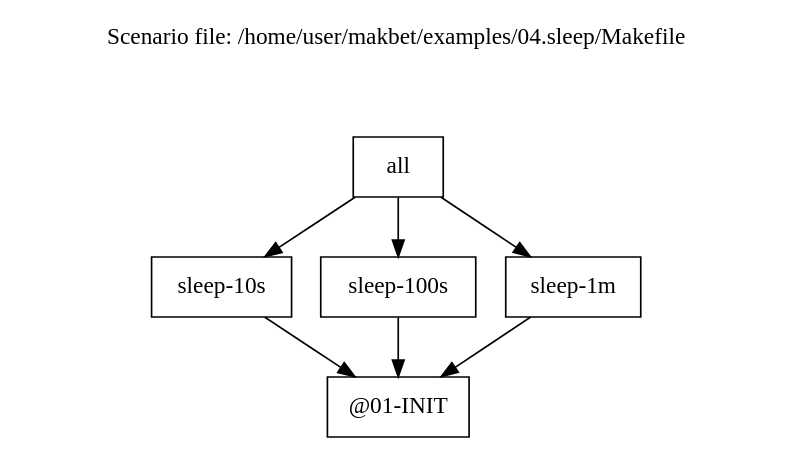
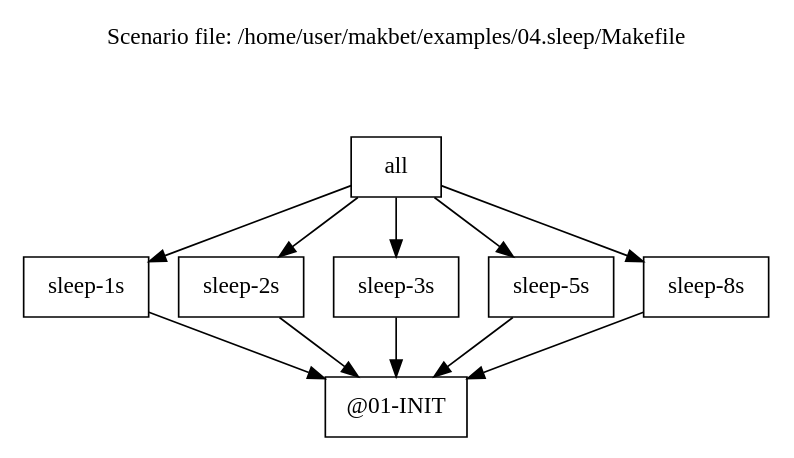
The diagram in docs/examples/04.sleep/results.dot (skaluzka/makbet), drawn with Graphviz before and after one commit. The commit also changed 4 other files, not shown here.

```diff
--- a/docs/examples/04.sleep/results.dot
+++ b/docs/examples/04.sleep/results.dot
@@ -1,30 +1,36 @@
 digraph {
 
-// This file has been generated by makbet heads/master-0-g88262d1
-// Generation date: Sat 22 Aug 2020 10:29:46 PM CEST
+// This file has been generated by makbet heads/master-0-g53f9721
+// Generation date: Sun Aug 30 06:38:38 PM CEST 2020
 // Scenario file: /home/user/makbet/examples/04.sleep/Makefile
 
 // Graph title.
 labelloc="t";
 label="Scenario file: /home/user/makbet/examples/04.sleep/Makefile\n\n\n\n"
 
 // Node options.
 node [shape=box];
 
 
 "@01-INIT";
 
-"all" -> "sleep-10s";
-"all" -> "sleep-100s";
-"all" -> "sleep-1m";
+"all" -> "sleep-1s";
+"all" -> "sleep-2s";
+"all" -> "sleep-3s";
+"all" -> "sleep-5s";
+"all" -> "sleep-8s";
 
-"sleep-100s" -> "@01-INIT";
+"sleep-1s" -> "@01-INIT";
 
-"sleep-10s" -> "@01-INIT";
+"sleep-2s" -> "@01-INIT";
 
-"sleep-1m" -> "@01-INIT";
+"sleep-3s" -> "@01-INIT";
+
+"sleep-5s" -> "@01-INIT";
+
+"sleep-8s" -> "@01-INIT";
 
 }
 
 
 // End of file
```
